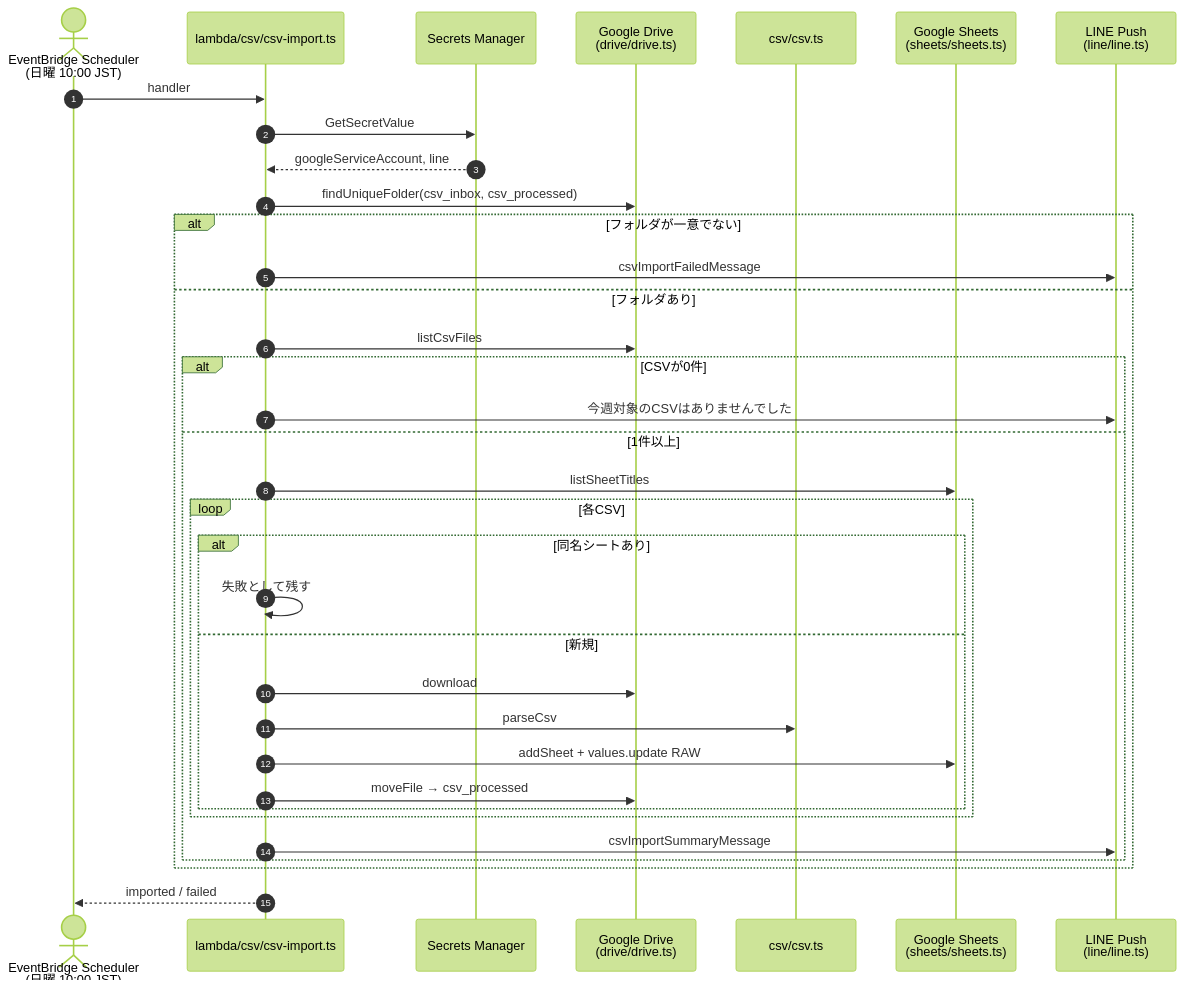
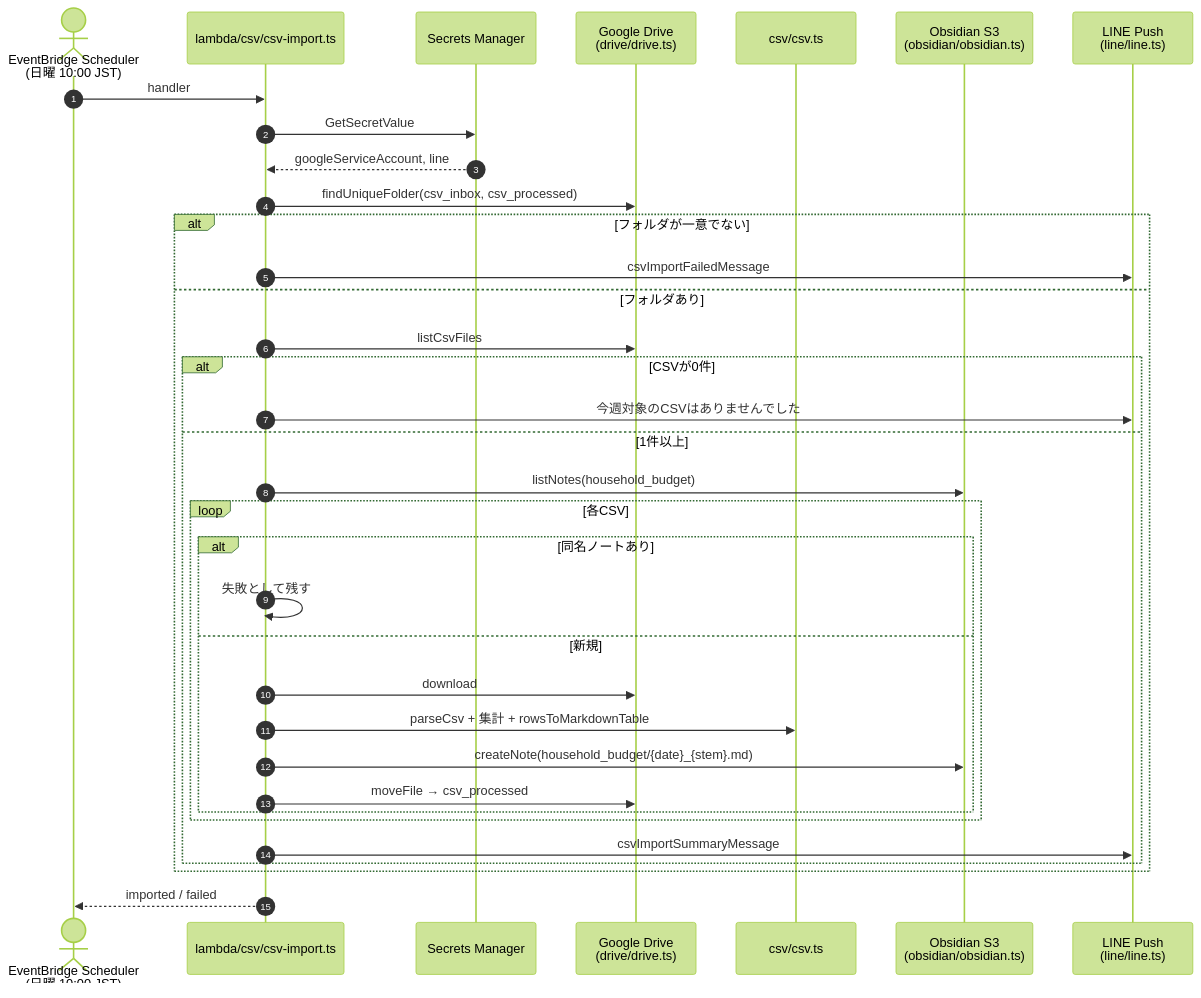
One commit to suzy1031/transcribe-save-to-notes-app changed the fifth of 5 diagrams in specifications/request-sequence.md. Above: the diagram before and after it, drawn with Mermaid (forest theme). The commit also changed other lines of this file and 1 other file, not shown here.

Commit message:
docs: 家計簿 CSV 取り込みのドキュメントを Obsidian S3 保存仕様に更新する

````diff
--- a/specifications/request-sequence.md
+++ b/specifications/request-sequence.md
@@ -242,38 +242,38 @@
 ```mermaid
 sequenceDiagram
     autonumber
     actor Scheduler as EventBridge Scheduler<br/>(日曜 10:00 JST)
     participant Csv as lambda/csv/csv-import.ts
     participant SM as Secrets Manager
     participant Drive as Google Drive<br/>(drive/drive.ts)
     participant Parse as csv/csv.ts
-    participant Sheets as Google Sheets<br/>(sheets/sheets.ts)
+    participant Obsidian as Obsidian S3<br/>(obsidian/obsidian.ts)
     participant Line as LINE Push<br/>(line/line.ts)
 
     Scheduler->>Csv: handler
     Csv->>SM: GetSecretValue
     SM-->>Csv: googleServiceAccount, line
     Csv->>Drive: findUniqueFolder(csv_inbox, csv_processed)
     alt フォルダが一意でない
         Csv->>Line: csvImportFailedMessage
     else フォルダあり
         Csv->>Drive: listCsvFiles
         alt CSVが0件
             Csv->>Line: 今週対象のCSVはありませんでした
         else 1件以上
-            Csv->>Sheets: listSheetTitles
+            Csv->>Obsidian: listNotes(household_budget)
             loop 各CSV
-                alt 同名シートあり
+                alt 同名ノートあり
                     Csv->>Csv: 失敗として残す
                 else 新規
                     Csv->>Drive: download
-                    Csv->>Parse: parseCsv
-                    Csv->>Sheets: addSheet + values.update RAW
+                    Csv->>Parse: parseCsv + 集計 + rowsToMarkdownTable
+                    Csv->>Obsidian: createNote(household_budget/{date}_{stem}.md)
                     Csv->>Drive: moveFile → csv_processed
                 end
             end
             Csv->>Line: csvImportSummaryMessage
         end
     end
     Csv-->>Scheduler: imported / failed
 ```
````
